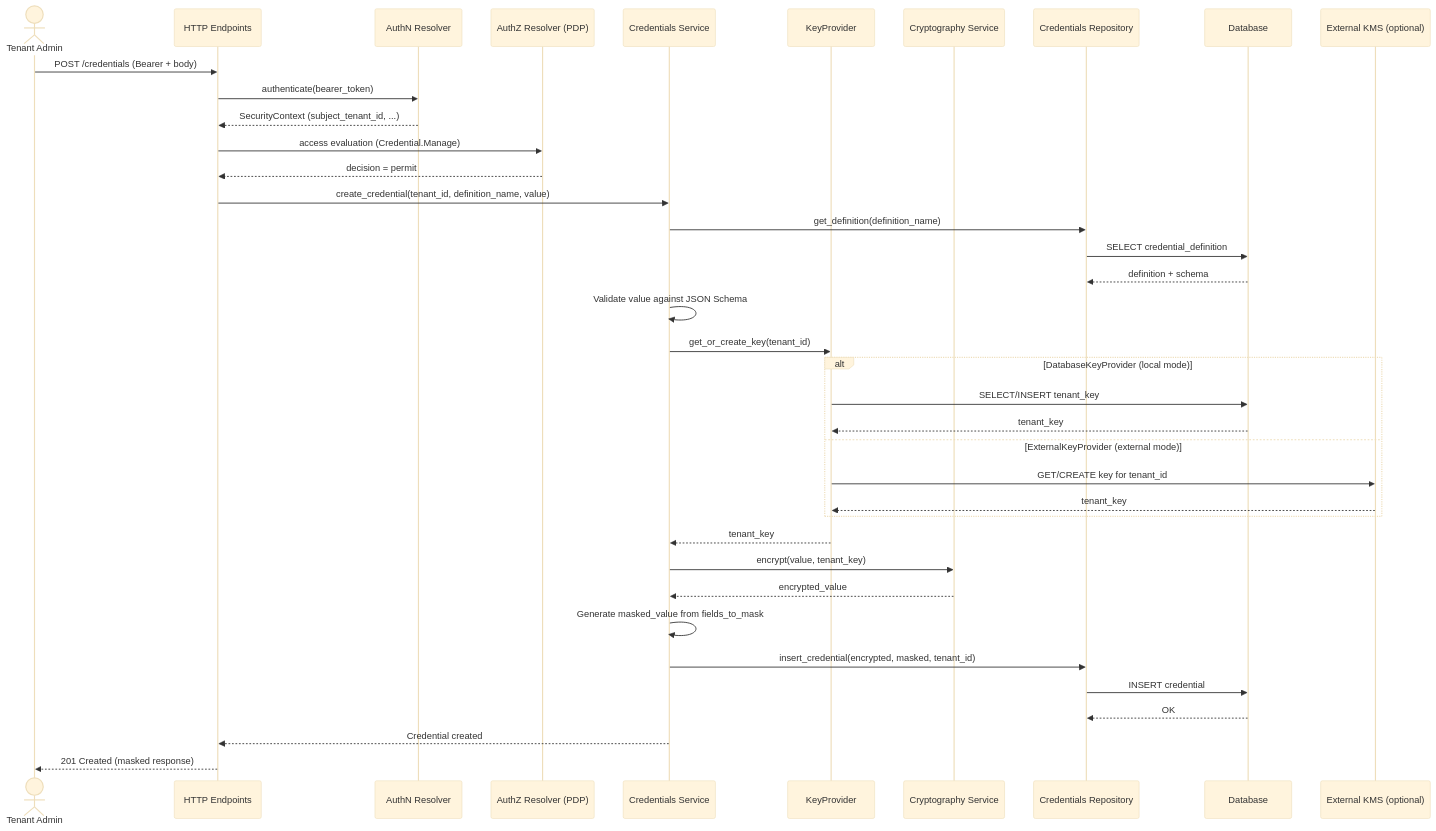
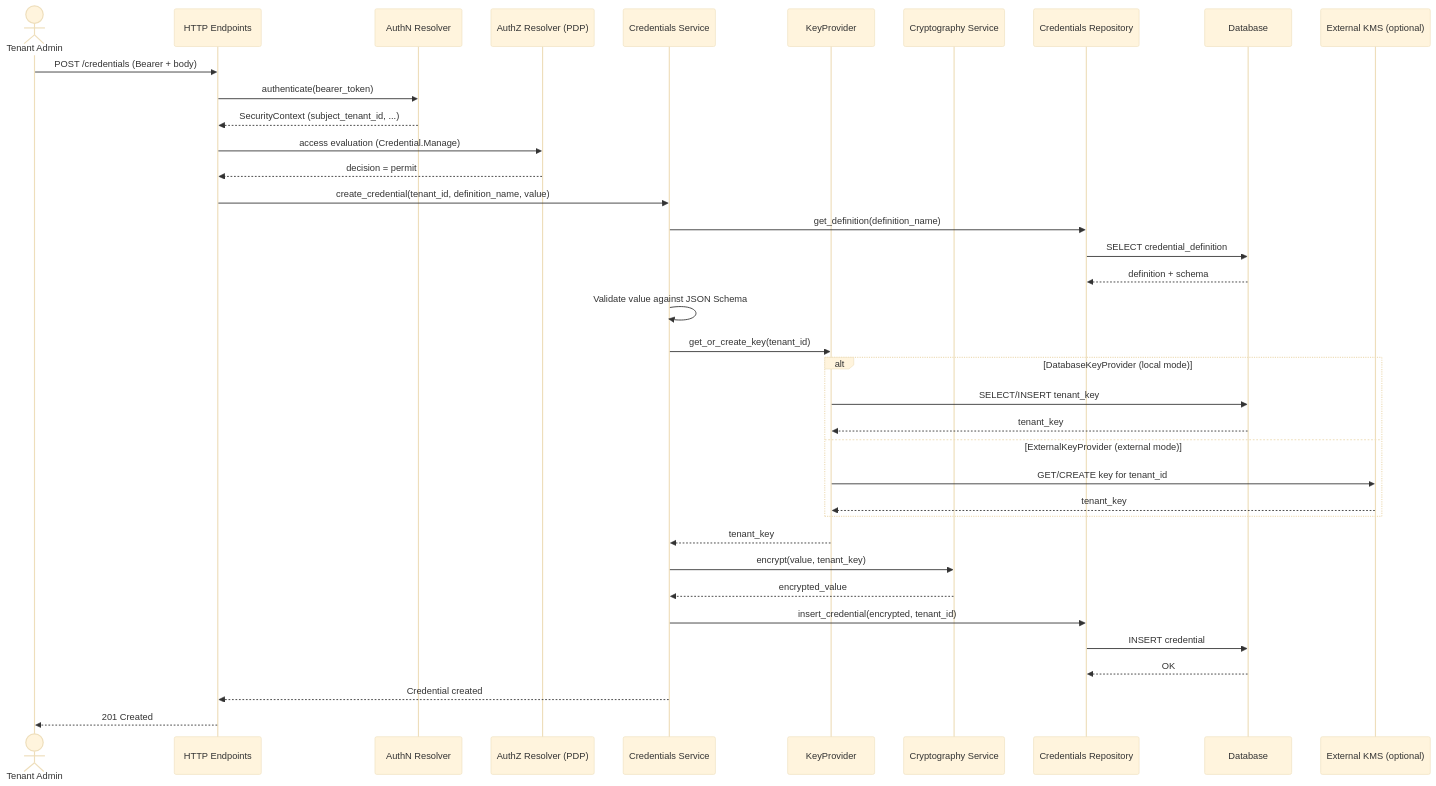
The second of 3 diagrams in modules/credstore/plugins/credentials-storage/DESIGN.md (nullhypothesic/cyberfabric-core), drawn with Mermaid (base theme) before and after one commit. The commit also changed other lines of this file and 1 other file, not shown here.

Commit message:
docs: remove field level mask

````diff
--- a/modules/credstore/plugins/credentials-storage/DESIGN.md
+++ b/modules/credstore/plugins/credentials-storage/DESIGN.md
@@ -401,41 +398,40 @@
 ```mermaid
 sequenceDiagram
     actor Admin as Tenant Admin
     participant API as HTTP Endpoints
     participant AuthN as AuthN Resolver
     participant AuthZ as AuthZ Resolver (PDP)
     participant Svc as Credentials Service
     participant KP as KeyProvider
     participant Crypto as Cryptography Service
     participant Repo as Credentials Repository
     participant DB as Database
     participant EXT as External KMS (optional)
 
     Admin->>API: POST /credentials (Bearer + body)
     API->>AuthN: authenticate(bearer_token)
     AuthN-->>API: SecurityContext (subject_tenant_id, ...)
     API->>AuthZ: access evaluation (Credential.Manage)
     AuthZ-->>API: decision = permit
     API->>Svc: create_credential(tenant_id, definition_name, value)
     Svc->>Repo: get_definition(definition_name)
     Repo->>DB: SELECT credential_definition
     DB-->>Repo: definition + schema
     Svc->>Svc: Validate value against JSON Schema
     Svc->>KP: get_or_create_key(tenant_id)
     alt DatabaseKeyProvider (local mode)
         KP->>DB: SELECT/INSERT tenant_key
         DB-->>KP: tenant_key
     else ExternalKeyProvider (external mode)
         KP->>EXT: GET/CREATE key for tenant_id
         EXT-->>KP: tenant_key
     end
     KP-->>Svc: tenant_key
     Svc->>Crypto: encrypt(value, tenant_key)
     Crypto-->>Svc: encrypted_value
-    Svc->>Svc: Generate masked_value from fields_to_mask
-    Svc->>Repo: insert_credential(encrypted, masked, tenant_id)
+    Svc->>Repo: insert_credential(encrypted, tenant_id)
     Repo->>DB: INSERT credential
     DB-->>Repo: OK
     Svc-->>API: Credential created
-    API-->>Admin: 201 Created (masked response)
+    API-->>Admin: 201 Created
 ```
````
